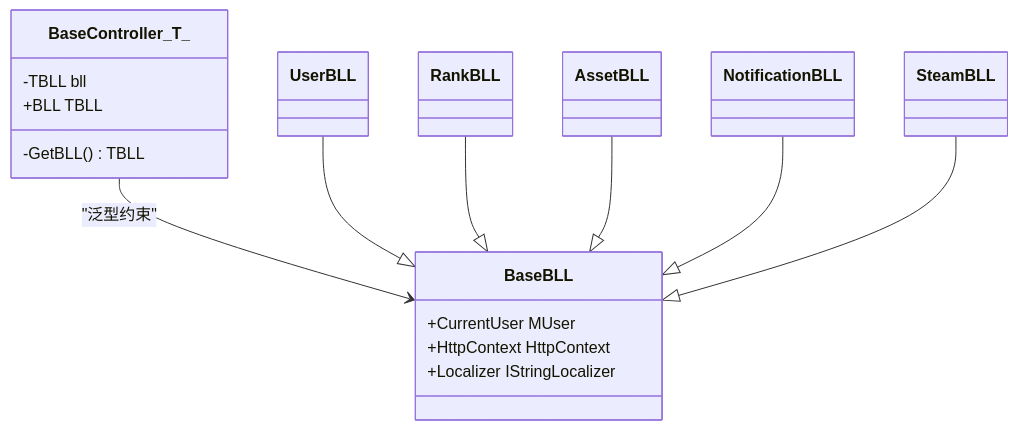
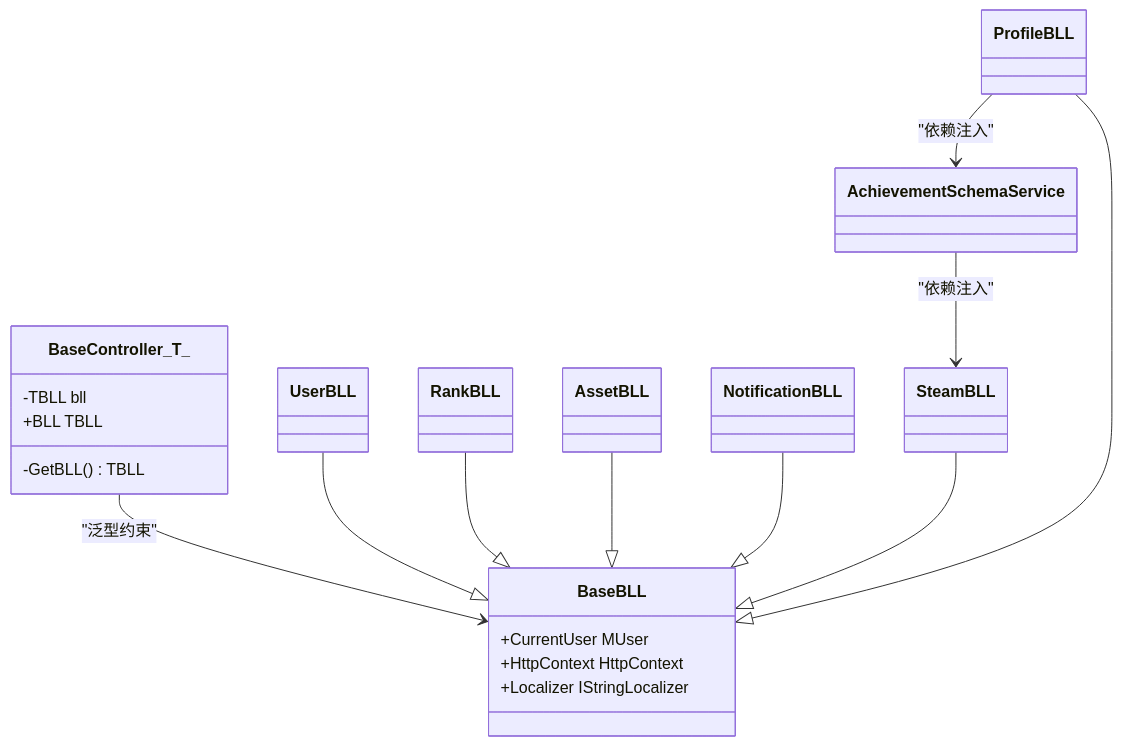
Before and after one commit to TinyMaD/SpeedRunnersLab: the third of 7 diagrams in .qoder/repowiki/zh/content/后端 API 服务/API 架构设计.md, drawn with Mermaid. The commit also changed other lines of this file and 9 other files, not shown here.

````diff
--- a/.qoder/repowiki/zh/content/后端 API 服务/API 架构设计.md
+++ b/.qoder/repowiki/zh/content/后端 API 服务/API 架构设计.md
@@ -208,24 +236,29 @@
 ```mermaid
 classDiagram
 class BaseController_T_ {
 -TBLL bll
 +BLL TBLL
 -GetBLL() TBLL
 }
 class BaseBLL {
 +CurrentUser MUser
 +HttpContext HttpContext
 +Localizer IStringLocalizer
 }
 class UserBLL
 class RankBLL
 class AssetBLL
 class NotificationBLL
 class SteamBLL
+class ProfileBLL
+class AchievementSchemaService
 BaseController_T_ --> BaseBLL : "泛型约束"
 UserBLL --|> BaseBLL
 RankBLL --|> BaseBLL
 AssetBLL --|> BaseBLL
 NotificationBLL --|> BaseBLL
 SteamBLL --|> BaseBLL
+ProfileBLL --|> BaseBLL
+ProfileBLL --> AchievementSchemaService : "依赖注入"
+AchievementSchemaService --> SteamBLL : "依赖注入"
 ```
````
